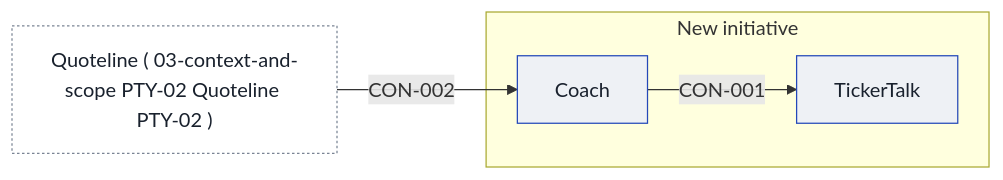
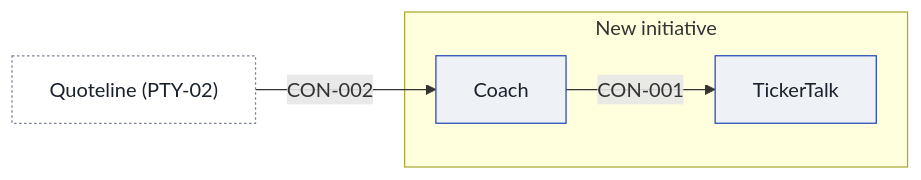
The diagram in tests/sim/snapshots/trading-coach/after-handoff-grill-s25/03-context-and-scope.md (smalls257/vela), drawn with Mermaid before and after one commit. The commit also changed other lines of this file and 101 other files, not shown here.

First line of the commit message:
Generated diagrams carry a key: what their colours, dashes and arrows mean, for the styles they drew only

````diff
--- a/tests/sim/snapshots/trading-coach/after-handoff-grill-s25/03-context-and-scope.md
+++ b/tests/sim/snapshots/trading-coach/after-handoff-grill-s25/03-context-and-scope.md
@@ -53,14 +53,14 @@
 ```mermaid
 flowchart LR
   subgraph scope["New initiative"]
     n_APP_coach["Coach"]
     n_APP_tickertalk["TickerTalk"]
   end
-  x_quoteline____03_context_and_scope_pty_02_quoteline_pty_02___["Quoteline ( 03-context-and-scope PTY-02 Quoteline PTY-02 )"]
+  x_quoteline__pty_02_["Quoteline (PTY-02)"]
   n_APP_coach -->|"CON-001"| n_APP_tickertalk
-  x_quoteline____03_context_and_scope_pty_02_quoteline_pty_02___ -->|"CON-002"| n_APP_coach
+  x_quoteline__pty_02_ -->|"CON-002"| n_APP_coach
   classDef app fill:#eef1f5,stroke:#2448b8,color:#19212d
   classDef external fill:#ffffff,stroke:#7a8494,color:#19212d,stroke-dasharray:2 2
   class n_APP_coach,n_APP_tickertalk app
-  class x_quoteline____03_context_and_scope_pty_02_quoteline_pty_02___ external
+  class x_quoteline__pty_02_ external
 ```
````
